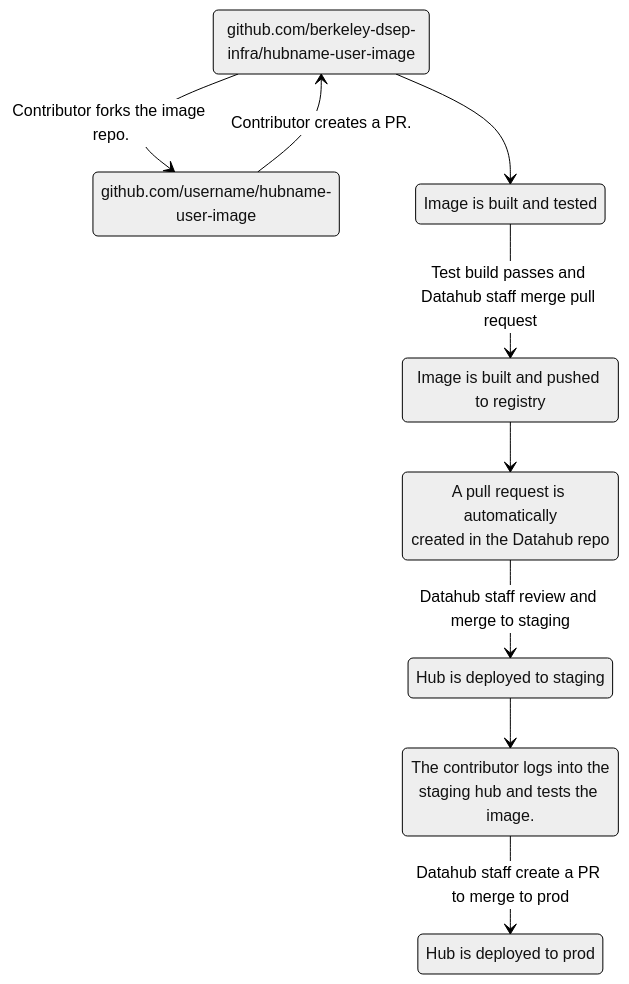
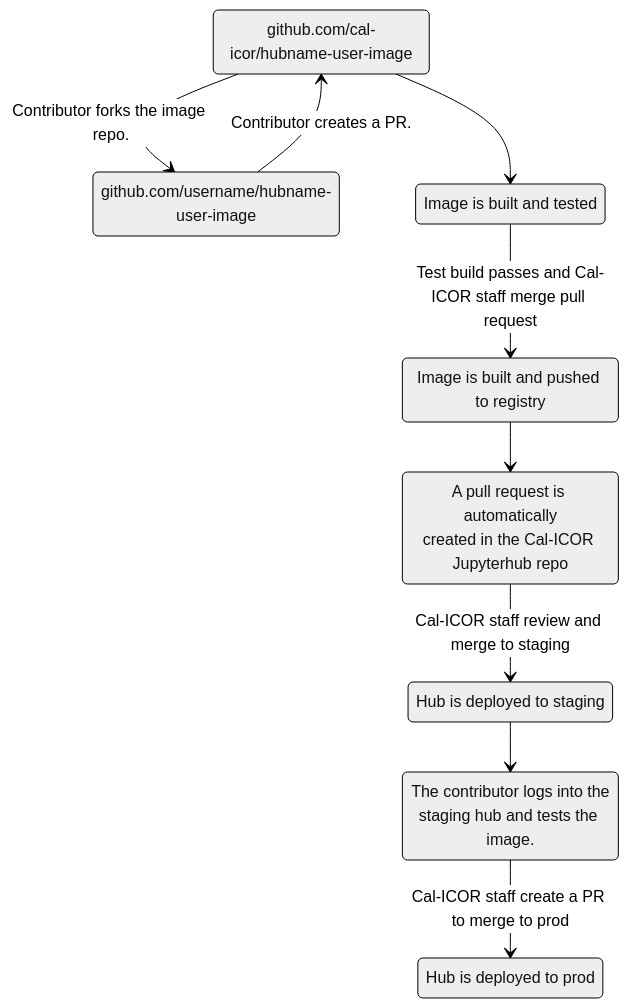
One commit to cal-icor/base-user-image changed the diagram in CONTRIBUTING.md. Above: the diagram before and after it, drawn with Mermaid (neutral theme). The commit also changed other lines of this file, not shown here.

````diff
--- a/CONTRIBUTING.md
+++ b/CONTRIBUTING.md
@@ -67,23 +67,23 @@
 ```mermaid
 %% State diagram documentation at
 %% https://mermaid.js.org/syntax/stateDiagram.html
 
 stateDiagram-v2
-    image_repo: github.com/berkeley-dsep-infra/hubname-user-image
+    image_repo: github.com/cal-icor/hubname-user-image
     user_repo: github.com/username/hubname-user-image
     image_test_build: Image is built and tested
     image_push_build: Image is built and pushed to registry
-    pr_created: A pull request is automatically<br/>created in the Datahub repo
+    pr_created: A pull request is automatically<br/>created in the Cal-ICOR Jupyterhub repo
     deploy_to_staging: Hub is deployed to staging
     contributor_tests: The contributor logs into the<br/>staging hub and tests the image.
     deploy_to_prod: Hub is deployed to prod
 
     image_repo --> user_repo: Contributor forks the image repo.
     user_repo --> image_repo: Contributor creates a PR.
     image_repo --> image_test_build
-    image_test_build --> image_push_build: Test build passes and Datahub staff merge pull request
+    image_test_build --> image_push_build: Test build passes and Cal-ICOR staff merge pull request
     image_push_build --> pr_created
-    pr_created --> deploy_to_staging: Datahub staff review and merge to staging
+    pr_created --> deploy_to_staging: Cal-ICOR staff review and merge to staging
     deploy_to_staging --> contributor_tests
-    contributor_tests --> deploy_to_prod: Datahub staff create a PR to merge to prod
+    contributor_tests --> deploy_to_prod: Cal-ICOR staff create a PR to merge to prod
 ```
````
